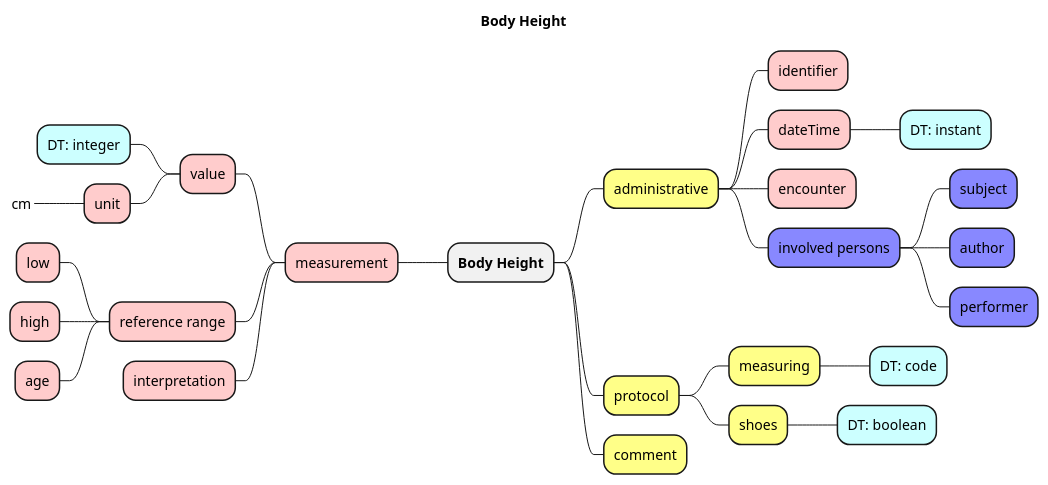
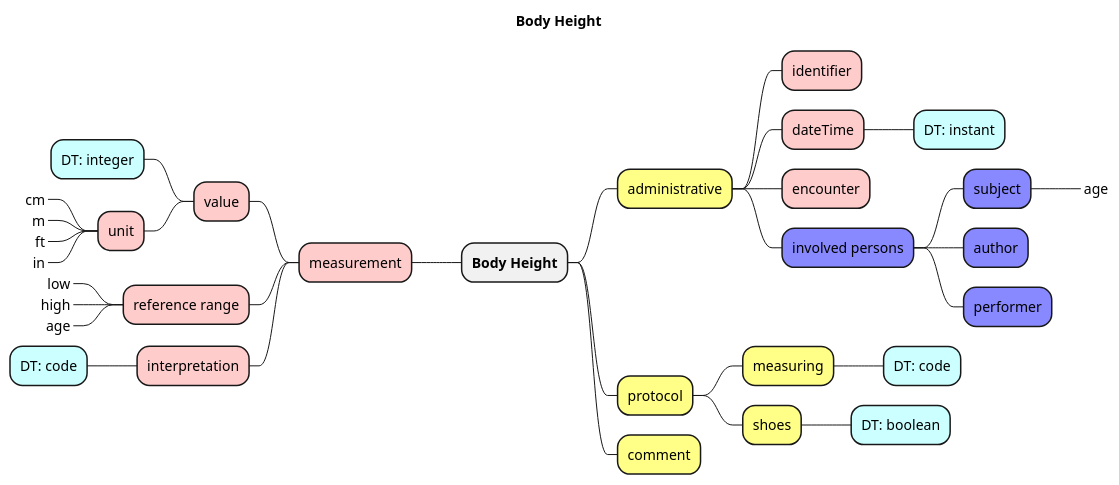
Before and after one commit to frankoemig/vital-signs-demo: the diagram in input/images-source/body_height_mm.plantuml, drawn with PlantUML. The commit also changed 16 other files, not shown here.

```diff
--- a/input/images-source/body_height_mm.plantuml
+++ b/input/images-source/body_height_mm.plantuml
@@ -1,37 +1,42 @@
 @startmindmap
 
 skinparam svgDimensionStyle false
 
 title Body Height
 
 + **Body Height**
 --[#fcc] measurement
 ---[#fcc] value
 ----[#cff] DT: integer
 ----[#fcc] unit
 -----_ cm
+-----_ m
+-----_ ft
+-----_ in
 ---[#fcc] reference range
-----[#fcc] low
-----[#fcc] high
-----[#fcc] age
+----_ low
+----_ high
+----_ age
 ---[#fcc] interpretation
+----[#cff] DT: code
 
 ++[#ff8] administrative
 +++[#fcc] identifier
 +++[#fcc] dateTime
 ++++[#cff] DT: instant
 +++[#fcc] encounter
 
 +++[#88f] involved persons
 ++++[#88f] subject
++++++_ age
 ++++[#88f] author
 ++++[#88f] performer
 
 ++[#ff8] protocol
 +++[#ff8] measuring
 ++++[#cff] DT: code
 +++[#ff8] shoes
 ++++[#cff] DT: boolean
 ++[#ff8] comment
 
 @endmindmap
```
